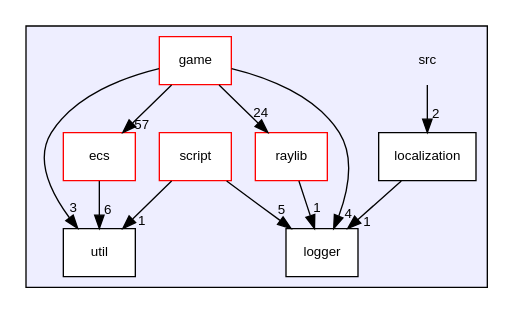
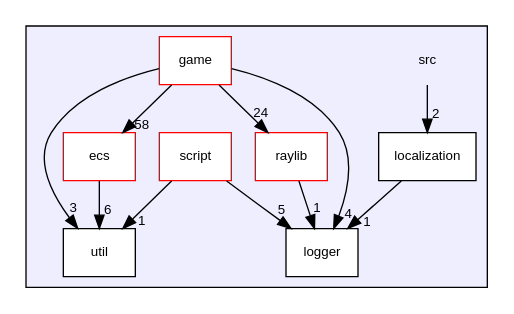
Before and after one commit to MisterPeModder/Bomberman-Global-Offensive: the diagram in dir_68267d1309a1af8e8297ef4c3efbcdba_dep.dot, drawn with Graphviz. The commit also changed 15 other files, not shown here.

```diff
--- a/dir_68267d1309a1af8e8297ef4c3efbcdba_dep.dot
+++ b/dir_68267d1309a1af8e8297ef4c3efbcdba_dep.dot
@@ -1,26 +1,26 @@
 digraph "src" {
   compound=true
   node [ fontsize="10", fontname="Helvetica"];
   edge [ labelfontsize="10", labelfontname="Helvetica"];
   subgraph clusterdir_68267d1309a1af8e8297ef4c3efbcdba {
     graph [ bgcolor="#eeeeff", pencolor="black", label="" URL="dir_68267d1309a1af8e8297ef4c3efbcdba.html"];
     dir_68267d1309a1af8e8297ef4c3efbcdba [shape=plaintext label="src"];
     dir_ddca5f149c4ce13074f28b270e950ba9 [shape=box label="ecs" color="red" fillcolor="white" style="filled" URL="dir_ddca5f149c4ce13074f28b270e950ba9.html"];
     dir_1699be727a800b1d059c6f7f2b91d2ee [shape=box label="game" color="red" fillcolor="white" style="filled" URL="dir_1699be727a800b1d059c6f7f2b91d2ee.html"];
     dir_502e2e551a70cf7978464aef90fcfcf1 [shape=box label="localization" color="black" fillcolor="white" style="filled" URL="dir_502e2e551a70cf7978464aef90fcfcf1.html"];
     dir_ffde1fbcaa8d6b0d34e29c3bddf7a801 [shape=box label="logger" color="black" fillcolor="white" style="filled" URL="dir_ffde1fbcaa8d6b0d34e29c3bddf7a801.html"];
     dir_d4cc5f0b3cfddd1b0952a9e00053f649 [shape=box label="raylib" color="red" fillcolor="white" style="filled" URL="dir_d4cc5f0b3cfddd1b0952a9e00053f649.html"];
     dir_fe414d616bd0c4668e6515f48824338f [shape=box label="script" color="red" fillcolor="white" style="filled" URL="dir_fe414d616bd0c4668e6515f48824338f.html"];
     dir_b7878ad5ecbf2506f4125b9d34c97e45 [shape=box label="util" color="black" fillcolor="white" style="filled" URL="dir_b7878ad5ecbf2506f4125b9d34c97e45.html"];
   }
   dir_68267d1309a1af8e8297ef4c3efbcdba->dir_502e2e551a70cf7978464aef90fcfcf1 [headlabel="2", labeldistance=1.5 headhref="dir_000000_000021.html"];
   dir_fe414d616bd0c4668e6515f48824338f->dir_b7878ad5ecbf2506f4125b9d34c97e45 [headlabel="1", labeldistance=1.5 headhref="dir_000023_000025.html"];
   dir_fe414d616bd0c4668e6515f48824338f->dir_ffde1fbcaa8d6b0d34e29c3bddf7a801 [headlabel="5", labeldistance=1.5 headhref="dir_000023_000022.html"];
   dir_ddca5f149c4ce13074f28b270e950ba9->dir_b7878ad5ecbf2506f4125b9d34c97e45 [headlabel="6", labeldistance=1.5 headhref="dir_000001_000025.html"];
   dir_d4cc5f0b3cfddd1b0952a9e00053f649->dir_ffde1fbcaa8d6b0d34e29c3bddf7a801 [headlabel="1", labeldistance=1.5 headhref="dir_000010_000022.html"];
   dir_502e2e551a70cf7978464aef90fcfcf1->dir_ffde1fbcaa8d6b0d34e29c3bddf7a801 [headlabel="1", labeldistance=1.5 headhref="dir_000021_000022.html"];
   dir_1699be727a800b1d059c6f7f2b91d2ee->dir_b7878ad5ecbf2506f4125b9d34c97e45 [headlabel="3", labeldistance=1.5 headhref="dir_000007_000025.html"];
   dir_1699be727a800b1d059c6f7f2b91d2ee->dir_ffde1fbcaa8d6b0d34e29c3bddf7a801 [headlabel="4", labeldistance=1.5 headhref="dir_000007_000022.html"];
-  dir_1699be727a800b1d059c6f7f2b91d2ee->dir_ddca5f149c4ce13074f28b270e950ba9 [headlabel="57", labeldistance=1.5 headhref="dir_000007_000001.html"];
+  dir_1699be727a800b1d059c6f7f2b91d2ee->dir_ddca5f149c4ce13074f28b270e950ba9 [headlabel="58", labeldistance=1.5 headhref="dir_000007_000001.html"];
   dir_1699be727a800b1d059c6f7f2b91d2ee->dir_d4cc5f0b3cfddd1b0952a9e00053f649 [headlabel="24", labeldistance=1.5 headhref="dir_000007_000010.html"];
 }
```
